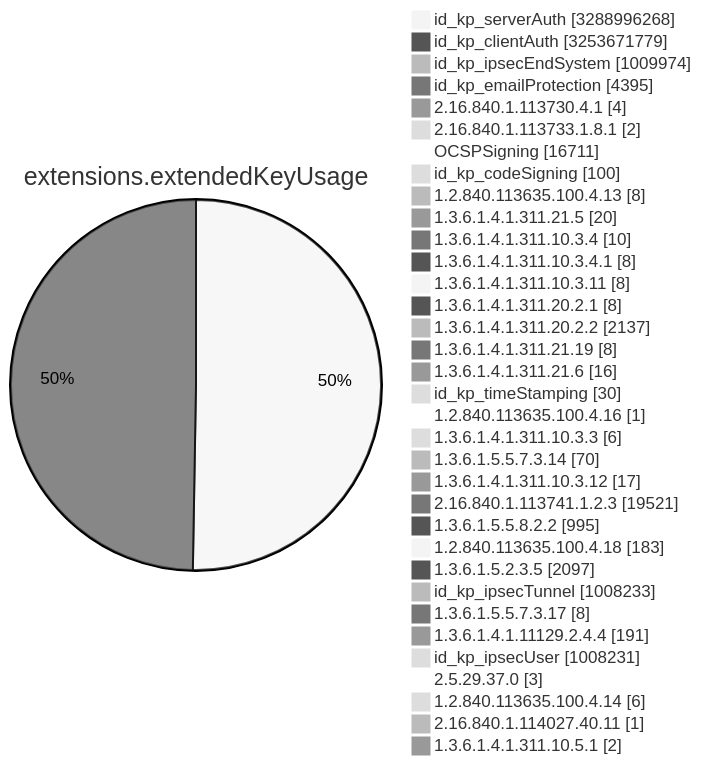
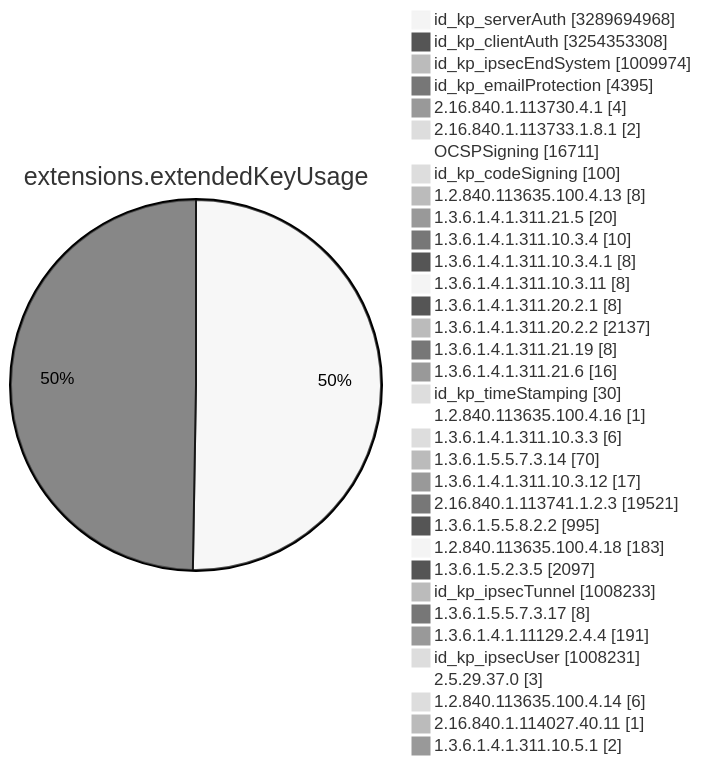
One commit to christiankrug/ctmonitor_visualization changed diagram 11 of 15 in TOTAL/README.md. Above: the diagram before and after it, drawn with Mermaid (neutral theme). The commit also changed other lines of this file, not shown here.

````diff
--- a/TOTAL/README.md
+++ b/TOTAL/README.md
@@ -4120,38 +4120,38 @@
 ```mermaid
 pie showData
 title extensions.extendedKeyUsage
-"id_kp_serverAuth" :3288996268
-"id_kp_clientAuth" :3253671779
+"id_kp_serverAuth" :3289694968
+"id_kp_clientAuth" :3254353308
 "id_kp_ipsecEndSystem" :1009974
 "id_kp_emailProtection" :4395
 "2.16.840.1.113730.4.1" :4
 "2.16.840.1.113733.1.8.1" :2
 "OCSPSigning" :16711
 "id_kp_codeSigning" :100
 "1.2.840.113635.100.4.13" :8
 "1.3.6.1.4.1.311.21.5" :20
 "1.3.6.1.4.1.311.10.3.4" :10
 "1.3.6.1.4.1.311.10.3.4.1" :8
 "1.3.6.1.4.1.311.10.3.11" :8
 "1.3.6.1.4.1.311.20.2.1" :8
 "1.3.6.1.4.1.311.20.2.2" :2137
 "1.3.6.1.4.1.311.21.19" :8
 "1.3.6.1.4.1.311.21.6" :16
 "id_kp_timeStamping" :30
 "1.2.840.113635.100.4.16" :1
 "1.3.6.1.4.1.311.10.3.3" :6
 "1.3.6.1.5.5.7.3.14" :70
 "1.3.6.1.4.1.311.10.3.12" :17
 "2.16.840.1.113741.1.2.3" :19521
 "1.3.6.1.5.5.8.2.2" :995
 "1.2.840.113635.100.4.18" :183
 "1.3.6.1.5.2.3.5" :2097
 "id_kp_ipsecTunnel" :1008233
 "1.3.6.1.5.5.7.3.17" :8
 "1.3.6.1.4.1.11129.2.4.4" :191
 "id_kp_ipsecUser" :1008231
 "2.5.29.37.0" :3
 "1.2.840.113635.100.4.14" :6
 "2.16.840.1.114027.40.11" :1
 "1.3.6.1.4.1.311.10.5.1" :2
 ```
````
